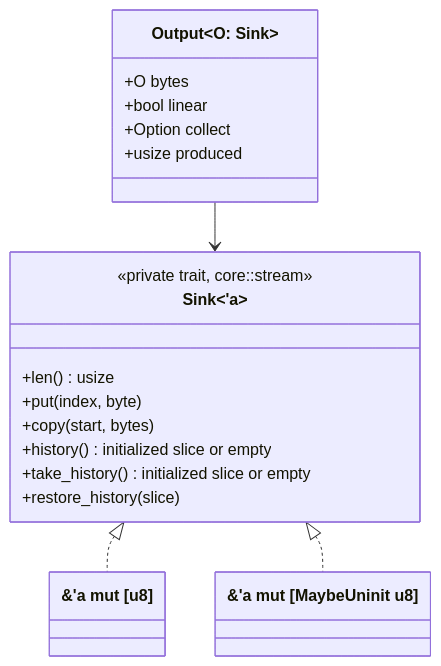
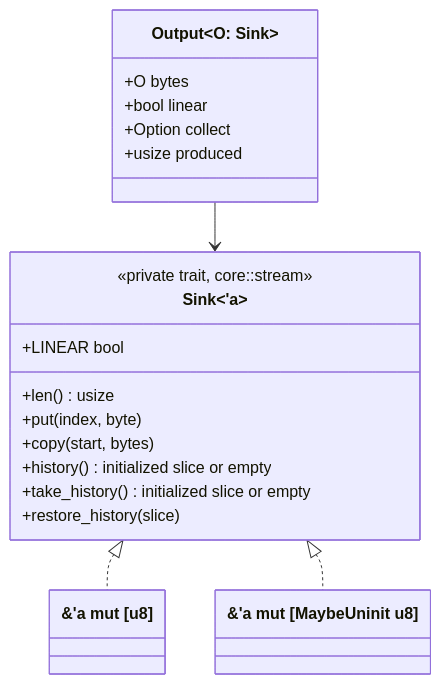
One commit to M-Compressors/mbrotli changed the third of 4 diagrams in architecture/uninit-output.md. Above: the diagram before and after it, drawn with Mermaid. The commit also changed other lines of this file and 5 other files, not shown here.

````diff
--- a/architecture/uninit-output.md
+++ b/architecture/uninit-output.md
@@ -99,23 +99,24 @@
 ```mermaid
 classDiagram
     class Sink~'a~ {
         <<private trait, core::stream>>
+        +LINEAR bool
         +len() usize
         +put(index, byte)
         +copy(start, bytes)
         +history() initialized slice or empty
         +take_history() initialized slice or empty
         +restore_history(slice)
     }
     class InitSlice["&'a mut [u8]"]
     class UninitSlice["&'a mut [MaybeUninit u8]"]
     class Output~O: Sink~ {
         +O bytes
         +bool linear
         +Option collect
         +usize produced
     }
     Sink <|.. InitSlice
     Sink <|.. UninitSlice
     Output --> Sink
 ```
````
